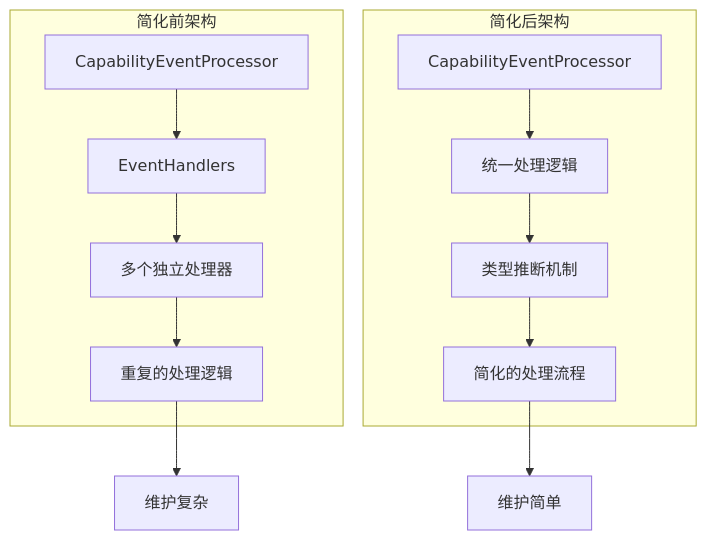
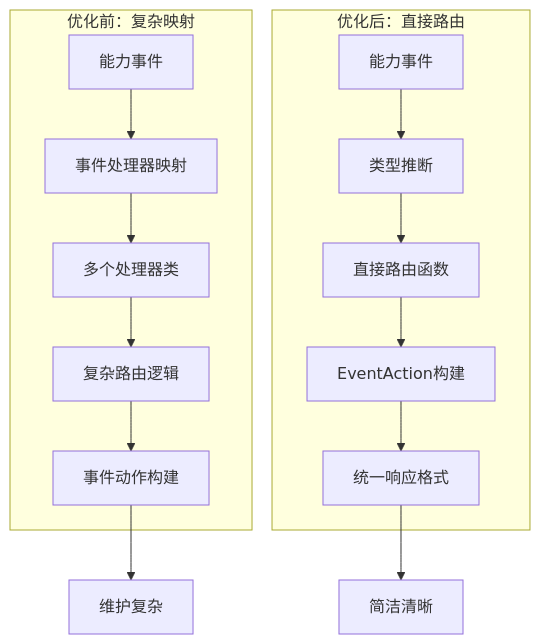
Diagram 50 of 52 in apps/backend/src/agents/orchestrator/README.md (zhiyue/infinite-scribe), drawn with Mermaid before and after one commit. The commit also changed other lines of this file and 1 other file, not shown here.

````diff
--- a/apps/backend/src/agents/orchestrator/README.md
+++ b/apps/backend/src/agents/orchestrator/README.md
@@ -3142,17 +3138,19 @@
 ```mermaid
 graph TD
-    subgraph "简化前架构"
-        A1[CapabilityEventProcessor] --> B1[EventHandlers]
-        B1 --> C1[多个独立处理器]
-        C1 --> D1[重复的处理逻辑]
+    subgraph "优化前：复杂映射"
+        A[能力事件] --> B[事件处理器映射]
+        B --> C[多个处理器类]
+        C --> D[复杂路由逻辑]
+        D --> E[事件动作构建]
     end
     
-    subgraph "简化后架构"
-        A2[CapabilityEventProcessor] --> B2[统一处理逻辑]
-        B2 --> C2[类型推断机制]
-        C2 --> D2[简化的处理流程]
+    subgraph "优化后：直接路由"
+        F[能力事件] --> G[类型推断]
+        G --> H[直接路由函数]
+        H --> I[EventAction构建]
+        I --> J[统一响应格式]
     end
     
-    D1 --> E1[维护复杂]
-    D2 --> E2[维护简单]
+    E --> K[维护复杂]
+    J --> L[简洁清晰]
 ```
````
